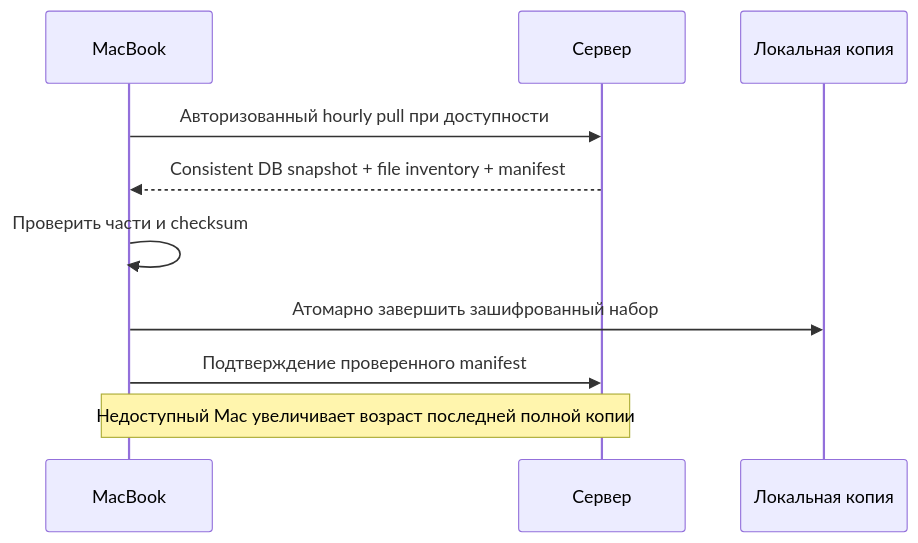
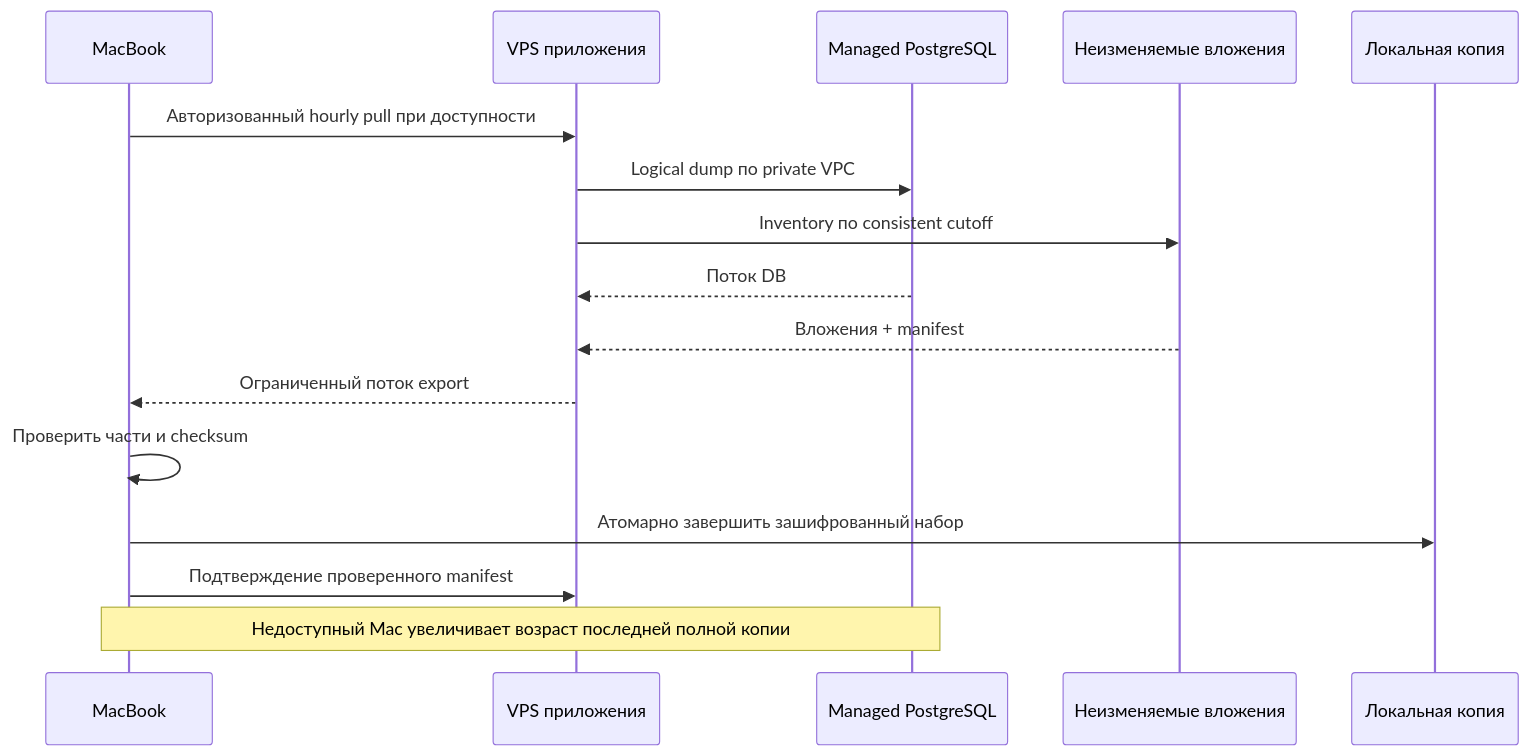
Before and after one commit to pchkauu/want-keep: the fourth of 5 diagrams in spec/001-want-keep-mvp/flows.md, drawn with Mermaid. The commit also changed other lines of this file and 20 other files, not shown here.

````diff
--- a/spec/001-want-keep-mvp/flows.md
+++ b/spec/001-want-keep-mvp/flows.md
@@ -76,12 +76,18 @@
 ```mermaid
 sequenceDiagram
   participant M as MacBook
-  participant S as Сервер
+  participant S as VPS приложения
+  participant P as Managed PostgreSQL
+  participant F as Неизменяемые вложения
   participant B as Локальная копия
   M->>S: Авторизованный hourly pull при доступности
-  S-->>M: Consistent DB snapshot + file inventory + manifest
+  S->>P: Logical dump по private VPC
+  S->>F: Inventory по consistent cutoff
+  P-->>S: Поток DB
+  F-->>S: Вложения + manifest
+  S-->>M: Ограниченный поток export
   M->>M: Проверить части и checksum
   M->>B: Атомарно завершить зашифрованный набор
   M->>S: Подтверждение проверенного manifest
-  Note over M,S: Недоступный Mac увеличивает возраст последней полной копии
+  Note over M,P: Недоступный Mac увеличивает возраст последней полной копии
 ```
````
